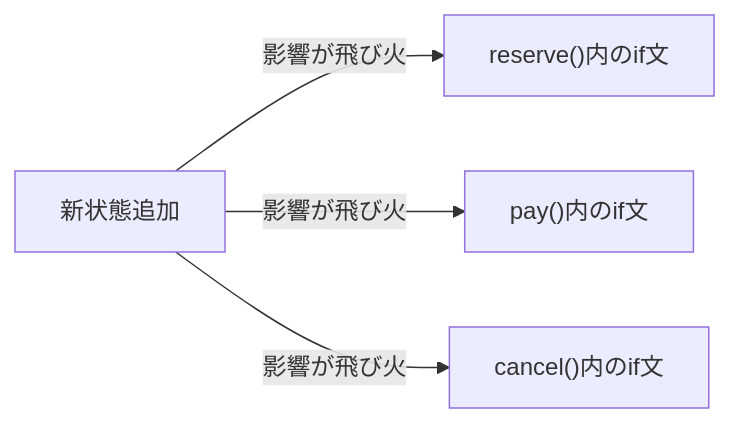
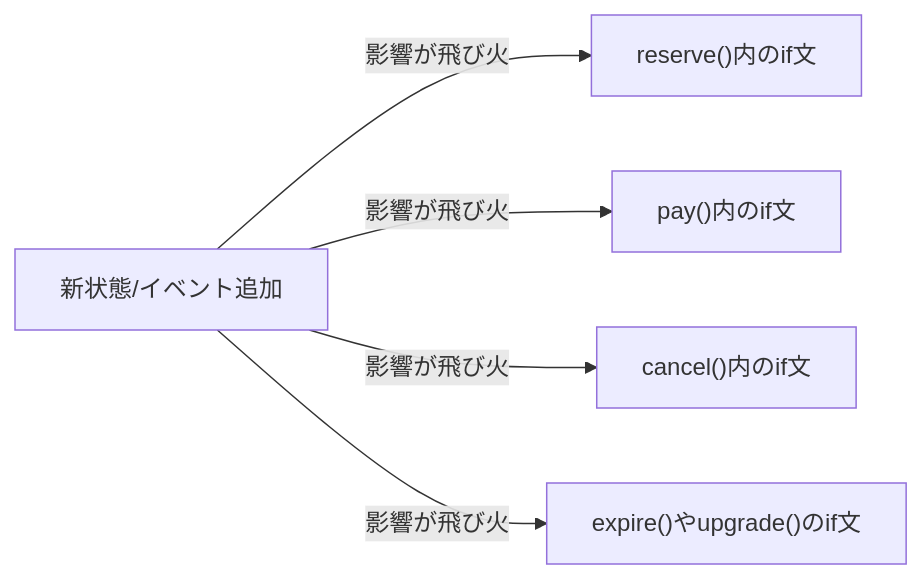
One commit to kumachan1101-pixel/DesignPattern changed the eighth of 12 diagrams in kindle/design-patterns/output/chapter03.md. Above: the diagram before and after it, drawn with Mermaid. The commit also changed other lines of this file and 1 other file, not shown here.

````diff
--- a/kindle/design-patterns/output/chapter03.md
+++ b/kindle/design-patterns/output/chapter03.md
@@ -801,6 +820,7 @@
 ```mermaid
 graph LR
-    T1["新状態追加"] -->|"影響が飛び火"| A["reserve()内のif文"]
+    T1["新状態/イベント追加"] -->|"影響が飛び火"| A["reserve()内のif文"]
     T1 -->|"影響が飛び火"| B["pay()内のif文"]
     T1 -->|"影響が飛び火"| C["cancel()内のif文"]
+    T1 -->|"影響が飛び火"| D["expire()やupgrade()のif文"]
 ```
````
